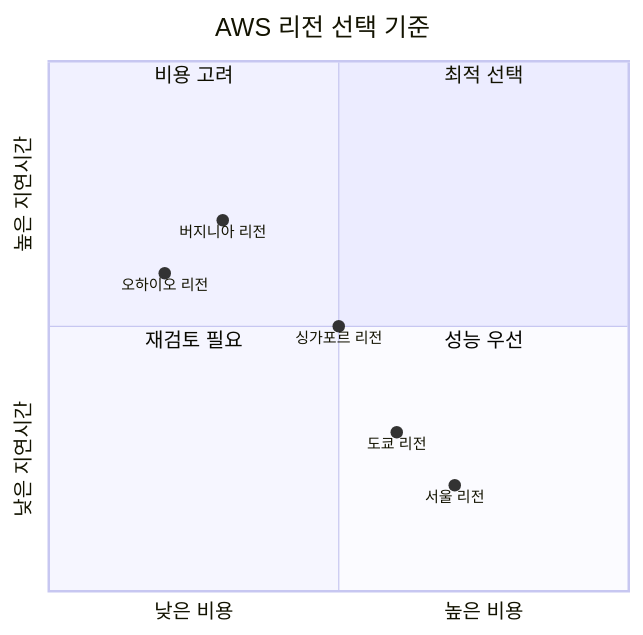
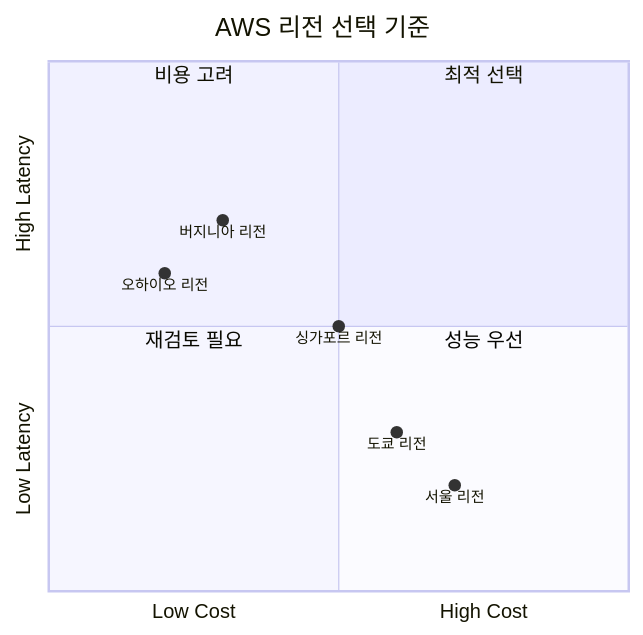
The third of 10 diagrams in theory/week_05/day1/session_1.md (niceguy61/kdt_devops_lecture_2025), drawn with Mermaid before and after one commit.

````diff
--- a/theory/week_05/day1/session_1.md
+++ b/theory/week_05/day1/session_1.md
@@ -137,15 +137,15 @@
 ```mermaid
 quadrantChart
     title AWS 리전 선택 기준
-    x-axis 낮은 비용 --> 높은 비용
-    y-axis 낮은 지연시간 --> 높은 지연시간
+    x-axis Low Cost --> High Cost
+    y-axis Low Latency --> High Latency
     quadrant-1 최적 선택
     quadrant-2 비용 고려
     quadrant-3 재검토 필요
     quadrant-4 성능 우선
     서울 리전: [0.7, 0.2]
     도쿄 리전: [0.6, 0.3]
     버지니아 리전: [0.3, 0.7]
     오하이오 리전: [0.2, 0.6]
     싱가포르 리전: [0.5, 0.5]
 ```
````
